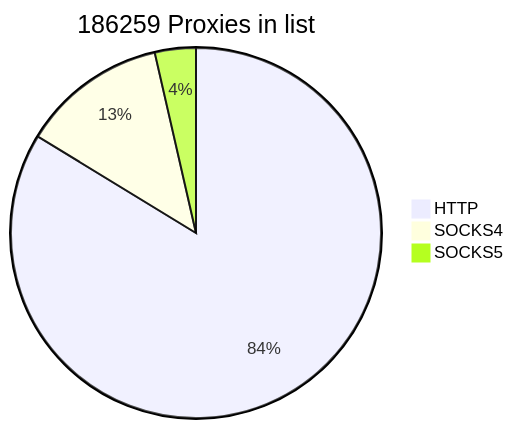
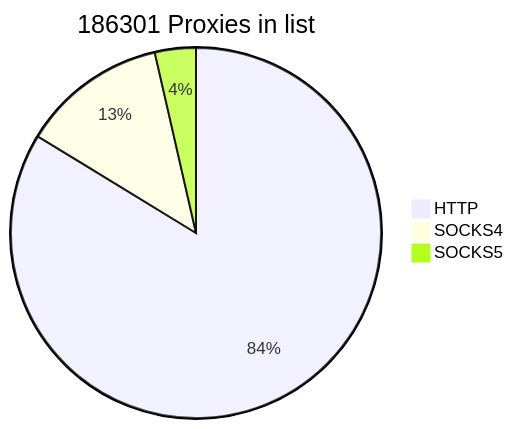
Before and after one commit to cutipu/proxylist: the first of 2 diagrams in README.md, drawn with Mermaid. The commit also changed other lines of this file, not shown here.

````diff
--- a/README.md
+++ b/README.md
@@ -2,7 +2,7 @@
 ```mermaid
-pie title 186259 Proxies in list
-    "HTTP" : 155945
+pie title 186301 Proxies in list
+    "HTTP" : 155987
     "SOCKS4" : 23649
     "SOCKS5" : 6665
             
 ```
````
